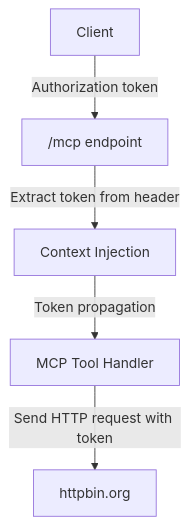
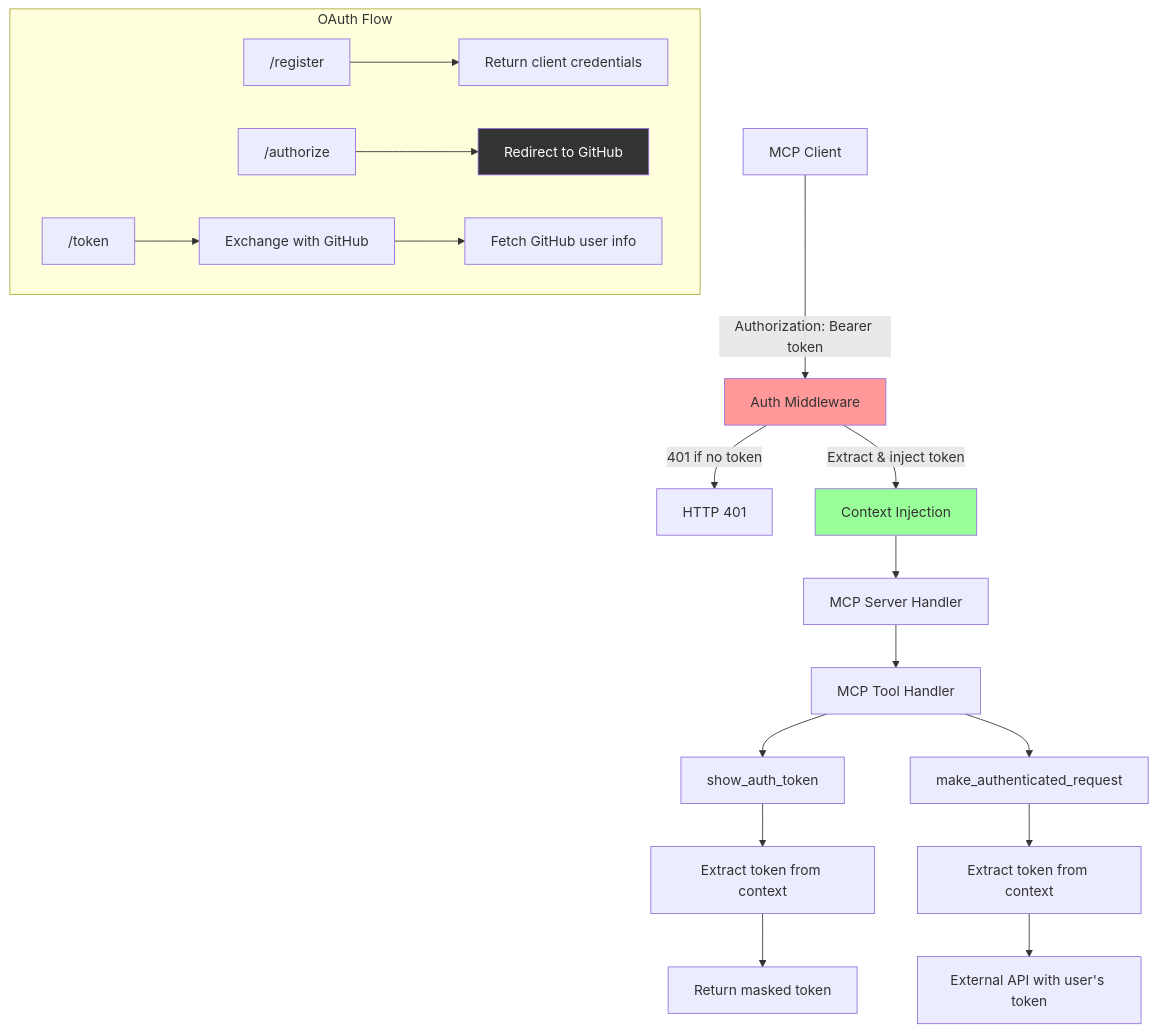
Before and after one commit to go-training/mcp-workshop: the second of 2 diagrams in 03-oauth-mcp/README.md, drawn with Mermaid. The commit also changed other lines of this file and 1 other file, not shown here.

First line of the commit message:
docs: overhaul documentation for GitHub OAuth integration and security

````diff
--- a/03-oauth-mcp/README.md
+++ b/03-oauth-mcp/README.md
@@ -93,7 +111,28 @@
 ```mermaid
 flowchart TD
-    Client -- "Authorization token" --> MCP_Server["/mcp endpoint"]
-    MCP_Server -- "Extract token from header" --> MCPServer_Logic["Context Injection"]
-    MCPServer_Logic -- "Token propagation" --> MCP_Tool_Handler["MCP Tool Handler"]
-    MCP_Tool_Handler -- "Send HTTP request with token" --> External_API["httpbin.org"]
+    Client["MCP Client"] -- "Authorization: Bearer token" --> AuthMiddleware["Auth Middleware"]
+    AuthMiddleware -- "401 if no token" --> Unauthorized["HTTP 401"]
+    AuthMiddleware -- "Extract & inject token" --> ContextInjection["Context Injection"]
+    ContextInjection --> MCPServer["MCP Server Handler"]
+    MCPServer --> ToolHandler["MCP Tool Handler"]
+
+    ToolHandler --> AuthTool1["show_auth_token"]
+    ToolHandler --> AuthTool2["make_authenticated_request"]
+
+    AuthTool1 --> Context1["Extract token from context"]
+    Context1 --> Mask["Return masked token"]
+
+    AuthTool2 --> Context2["Extract token from context"]
+    Context2 --> ExternalAPI["External API with user's token"]
+
+    subgraph "OAuth Flow"
+        Register["/register"] --> ClientCreds["Return client credentials"]
+        Authorize["/authorize"] --> GitHub["Redirect to GitHub"]
+        TokenEndpoint["/token"] --> GitHubToken["Exchange with GitHub"]
+        GitHubToken --> UserInfo["Fetch GitHub user info"]
+    end
+
+    style AuthMiddleware fill:#ff9999
+    style ContextInjection fill:#99ff99
+    style GitHub fill:#333,color:#fff
 ```
````
